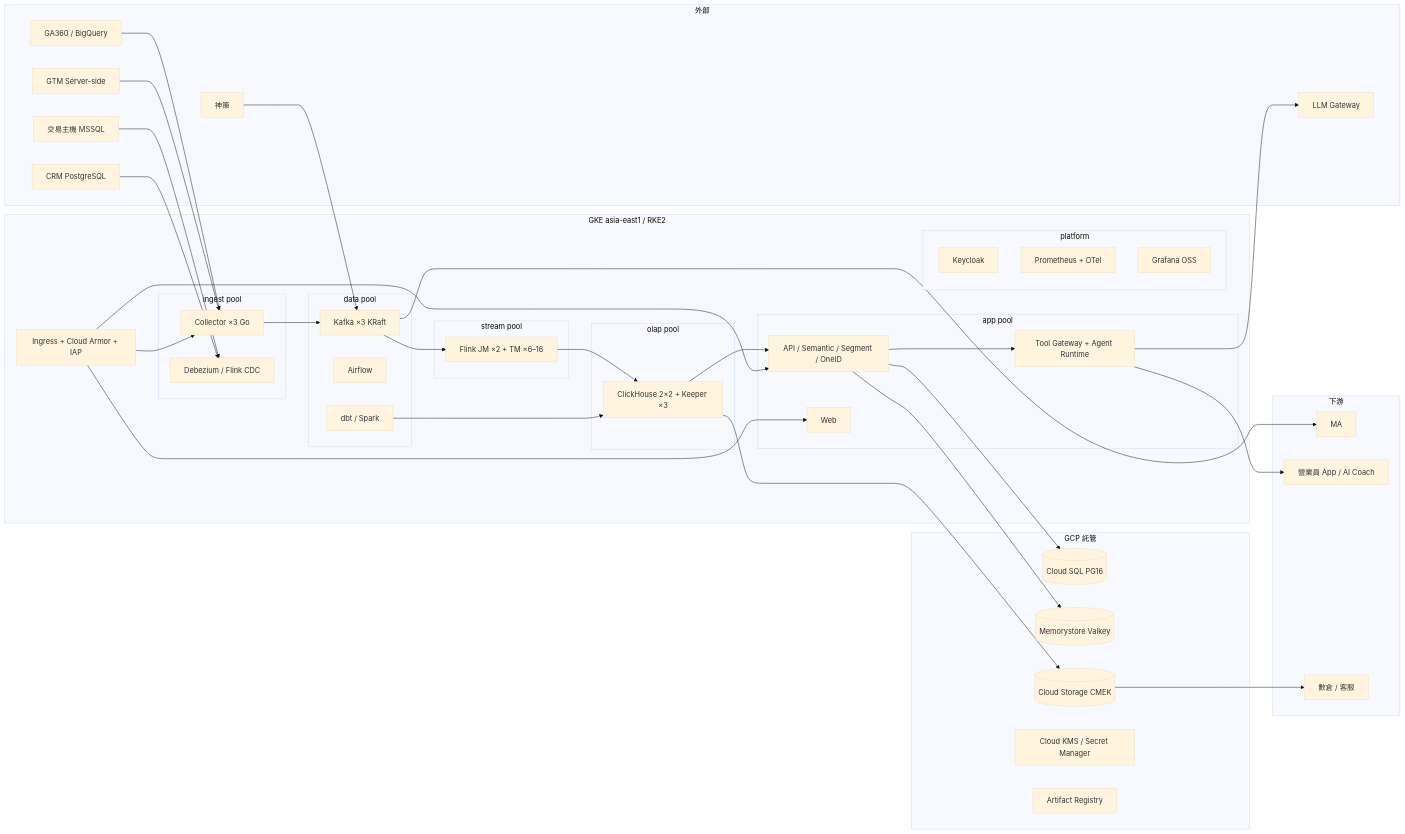
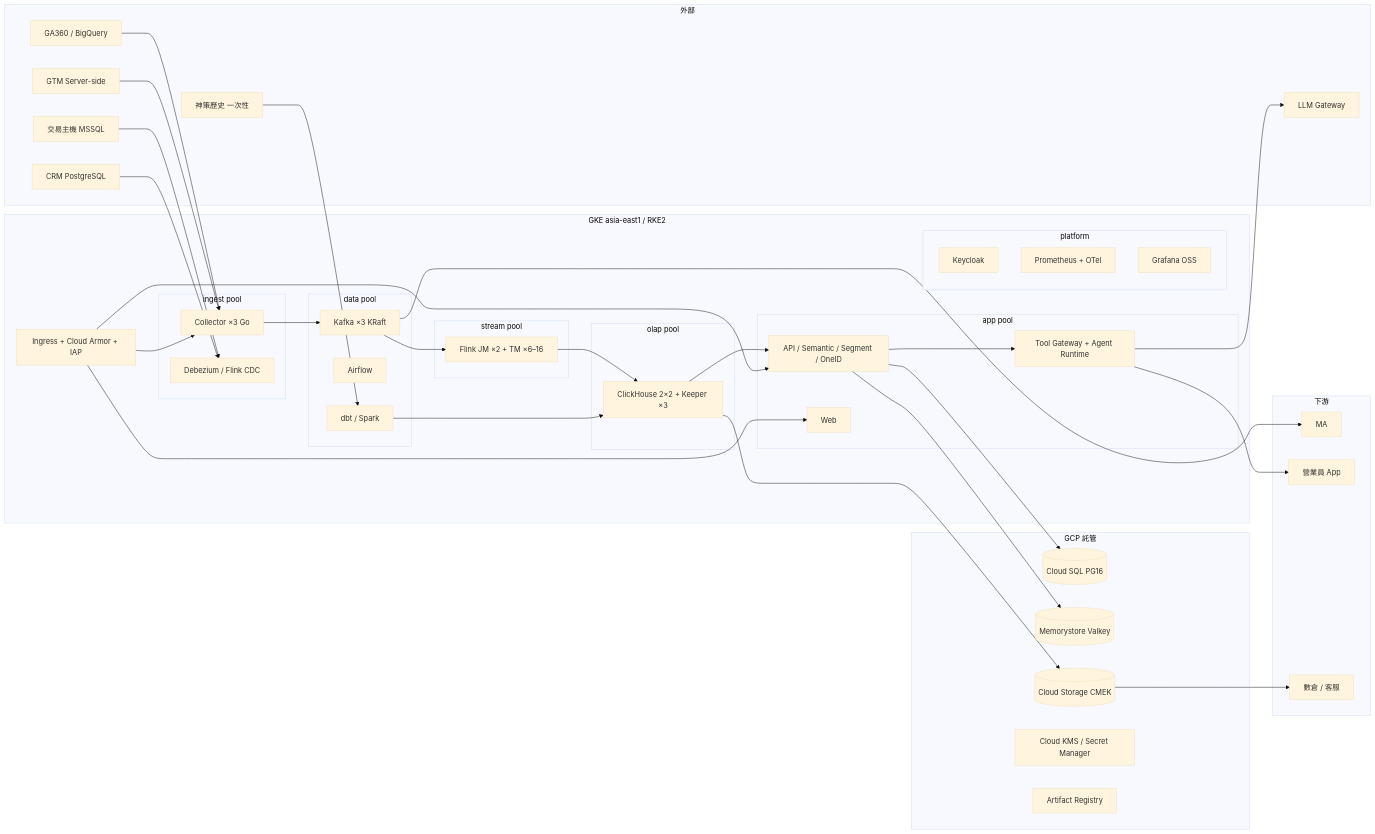
Before and after one commit to ALTA-TECH2025/altatech-dmp: the second of 3 diagrams in docs/12-architecture-diagrams.md, drawn with Mermaid (base theme). The commit also changed other lines of this file and 23 other files, not shown here.

````diff
--- a/docs/12-architecture-diagrams.md
+++ b/docs/12-architecture-diagrams.md
@@ -66,37 +66,37 @@
 ```mermaid
 flowchart LR
   subgraph EXTS[外部]
-    BQ[GA360 / BigQuery] ; GTM[GTM Server-side] ; MS[交易主機 MSSQL] ; CRM[CRM PostgreSQL] ; SA[神策] ; LLMG[LLM Gateway]
+    BQ[GA360 / BigQuery] ; GTM[GTM Server-side] ; MS[交易主機 MSSQL] ; CRM[CRM PostgreSQL] ; SA[神策歷史 一次性] ; LLMG[LLM Gateway]
   end
   subgraph GKE[GKE asia-east1 / RKE2]
     subgraph P1[ingest pool]
       C1[Collector ×3 Go] ; C2[Debezium / Flink CDC]
     end
     subgraph P2[stream pool]
       F1[Flink JM ×2 + TM ×6–16]
     end
     subgraph P3[data pool]
       K1[Kafka ×3 KRaft] ; A1[Airflow] ; D1[dbt / Spark]
     end
     subgraph P4[olap pool]
       CH1[ClickHouse 2×2 + Keeper ×3]
     end
     subgraph P5[app pool]
       API[API / Semantic / Segment / OneID] ; MCP[Tool Gateway + Agent Runtime] ; WEB[Web]
     end
     subgraph P6[platform]
       KC[Keycloak] ; PR[Prometheus + OTel] ; GF[Grafana OSS]
     end
     ING[Ingress + Cloud Armor + IAP]
   end
   subgraph MG[GCP 託管]
     SQL[(Cloud SQL PG16)] ; MEM[(Memorystore Valkey)] ; GCS[(Cloud Storage CMEK)] ; KMS[Cloud KMS / Secret Manager] ; AR[Artifact Registry]
   end
   subgraph DOWN[下游]
-    MA[MA] ; APP[營業員 App / AI Coach] ; DW[數倉 / 客服]
+    MA[MA] ; APP[營業員 App] ; DW[數倉 / 客服]
   end
-  BQ --> C1 ; GTM --> C1 ; MS --> C2 ; CRM --> C2 ; SA --> K1
+  BQ --> C1 ; GTM --> C1 ; MS --> C2 ; CRM --> C2 ; SA --> D1
   C1 --> K1 --> F1 --> CH1 ; D1 --> CH1 ; CH1 --> API --> MCP --> LLMG
   API --> SQL ; API --> MEM ; CH1 --> GCS ; K1 --> MA ; MCP --> APP ; GCS --> DW
   ING --> C1 ; ING --> API ; ING --> WEB
 ```
````
